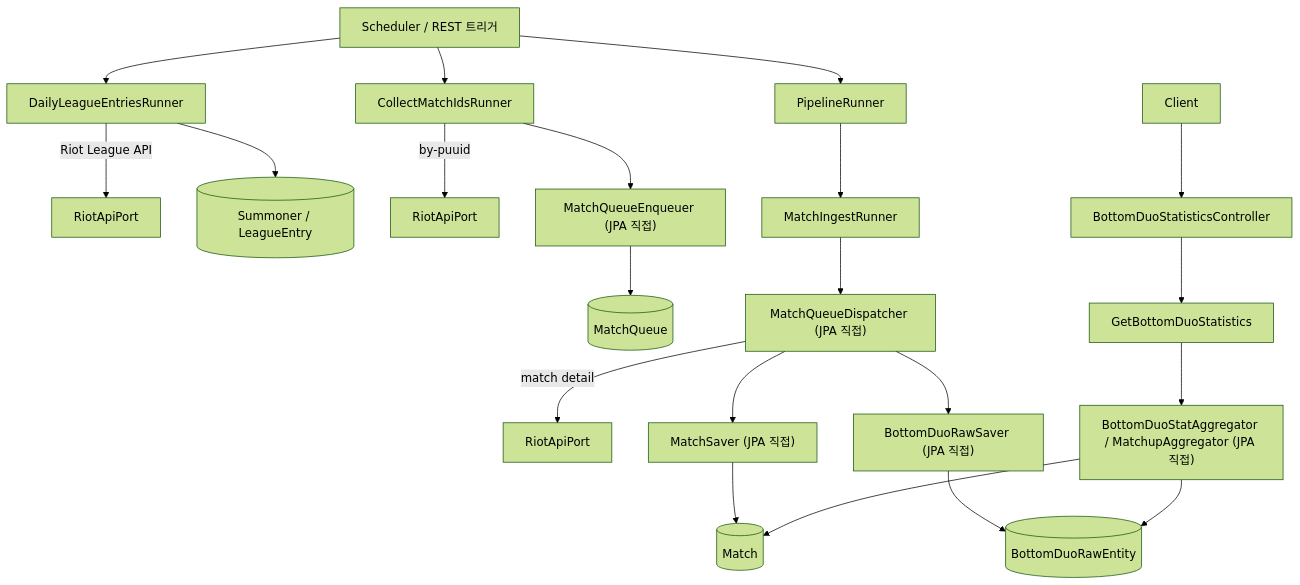
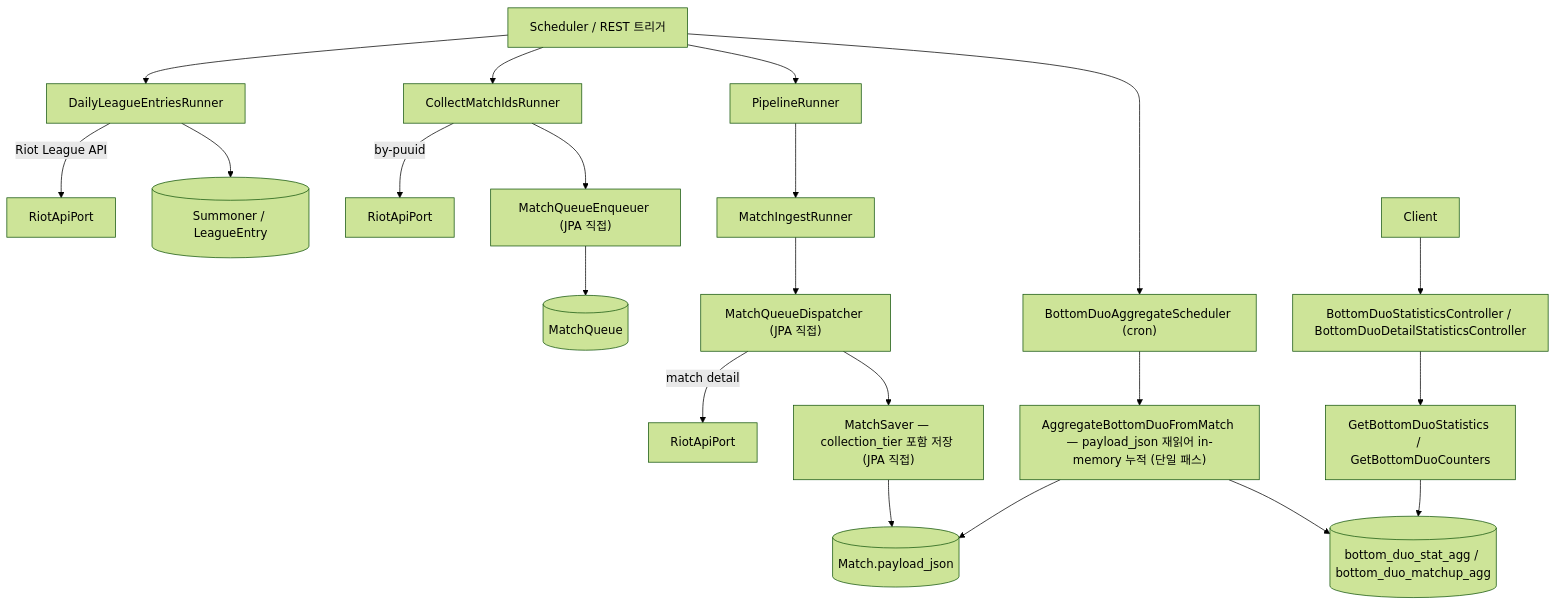
Before and after one commit to NamMinwu/BestDuo_BE: the second of 3 diagrams in docs/architecture.md, drawn with Mermaid (forest theme). The commit also changed other lines of this file, not shown here.

First line of the commit message:
docs(architecture): bottom_duo_raw 제거 + archive 컨텍스트 반영 + ADR-006/007 동기화

````diff
--- a/docs/architecture.md
+++ b/docs/architecture.md
@@ -58,28 +63,29 @@
 ```mermaid
 flowchart TD
   Scheduler["Scheduler / REST 트리거"]
 
   Scheduler --> DailyRunner["DailyLeagueEntriesRunner"]
   DailyRunner -->|Riot League API| RiotPort1["RiotApiPort"]
   DailyRunner --> SummonerDb[("Summoner / LeagueEntry")]
 
   Scheduler --> CollectRunner["CollectMatchIdsRunner"]
   CollectRunner -->|by-puuid| RiotPort2["RiotApiPort"]
   CollectRunner --> Enqueuer["MatchQueueEnqueuer (JPA 직접)"]
   Enqueuer --> QueueDb[("MatchQueue")]
 
   Scheduler --> PipelineRunner["PipelineRunner"]
   PipelineRunner --> MatchIngest["MatchIngestRunner"]
   MatchIngest --> Dispatcher["MatchQueueDispatcher (JPA 직접)"]
   Dispatcher -->|match detail| RiotPort3["RiotApiPort"]
-  Dispatcher --> MatchSaver["MatchSaver (JPA 직접)"]
-  Dispatcher --> RawSaver["BottomDuoRawSaver (JPA 직접)"]
-  MatchSaver --> MatchDb[("Match")]
-  RawSaver --> RawDb[("BottomDuoRawEntity")]
+  Dispatcher --> MatchSaver["MatchSaver — collection_tier 포함 저장 (JPA 직접)"]
+  MatchSaver --> MatchDb[("Match.payload_json")]
 
-  Client["Client"] --> StatsCtrl["BottomDuoStatisticsController"]
-  StatsCtrl --> GetStats["GetBottomDuoStatistics"]
-  GetStats --> Aggregator["BottomDuoStatAggregator / MatchupAggregator (JPA 직접)"]
-  Aggregator --> RawDb
-  Aggregator --> MatchDb
+  Scheduler --> AggScheduler["BottomDuoAggregateScheduler (cron)"]
+  AggScheduler --> AggFromMatch["AggregateBottomDuoFromMatch — payload_json 재읽어 in-memory 누적 (단일 패스)"]
+  AggFromMatch --> MatchDb
+  AggFromMatch --> StatDb[("bottom_duo_stat_agg / bottom_duo_matchup_agg")]
+
+  Client["Client"] --> StatsCtrl["BottomDuoStatisticsController / BottomDuoDetailStatisticsController"]
+  StatsCtrl --> GetStats["GetBottomDuoStatistics / GetBottomDuoCounters"]
+  GetStats --> StatDb
 ```
````
